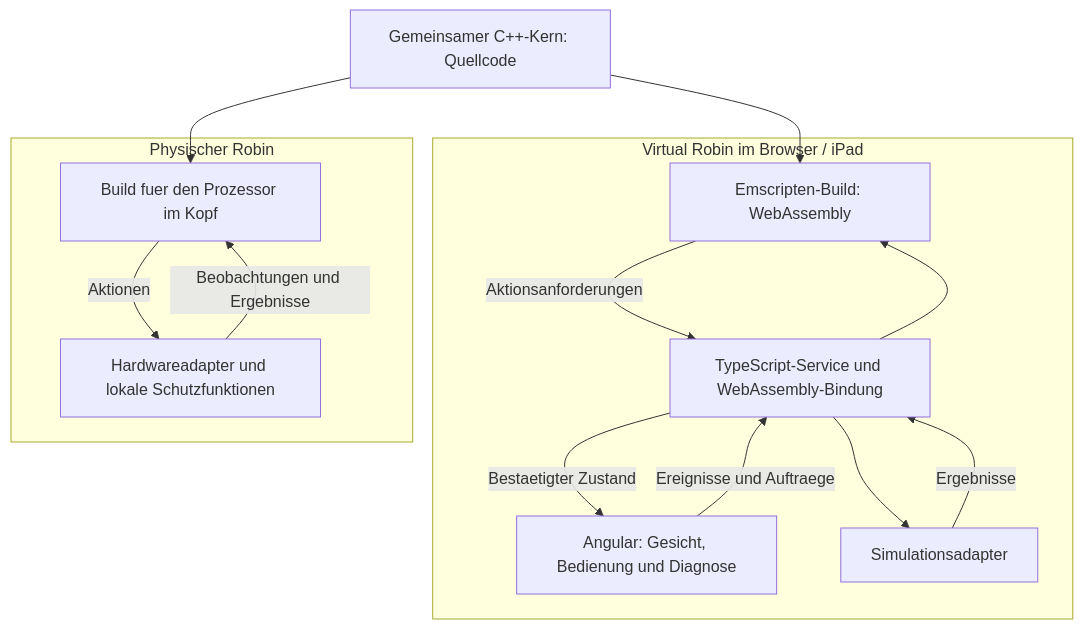
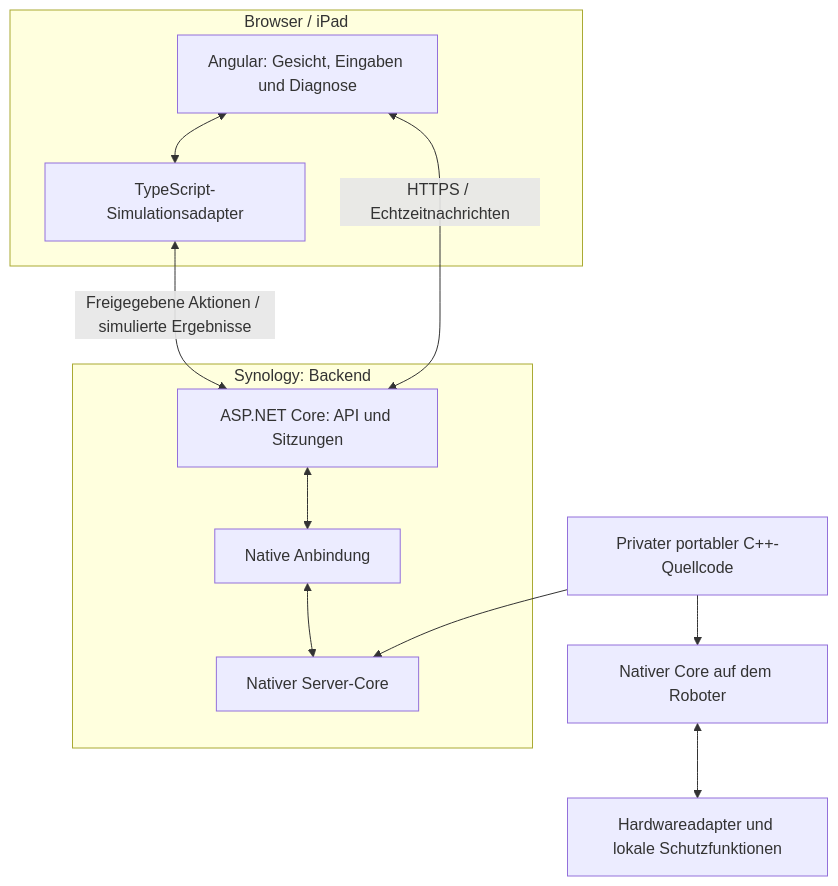
One commit to sabrinahelfenberger-Wusel/PinkRobin changed the first of 2 diagrams in docs/Technologiekonzept.md. Above: the diagram before and after it, drawn with Mermaid. The commit also changed other lines of this file, not shown here.

Commit message:
docs: Virtual Robin auf serverseitigen C++-Core mit ASP.NET Core umstellen

````diff
--- a/docs/Technologiekonzept.md
+++ b/docs/Technologiekonzept.md
@@ -30,26 +34,21 @@
 ```mermaid
 flowchart TB
-    Source["Gemeinsamer C++-Kern: Quellcode"]
-    Source --> Wasm["Emscripten-Build: WebAssembly"]
-    Source --> Native["Build fuer den Prozessor im Kopf"]
-
-    subgraph Browser["Virtual Robin im Browser / iPad"]
-        UI["Angular: Gesicht, Bedienung und Diagnose"]
-        Bridge["TypeScript-Service und WebAssembly-Bindung"]
-        Wasm
-        Sim["Simulationsadapter"]
-        UI -->|"Ereignisse und Auftraege"| Bridge
-        Bridge --> Wasm
-        Wasm -->|"Aktionsanforderungen"| Bridge
-        Bridge --> Sim
-        Sim -->|"Ergebnisse"| Bridge
-        Bridge -->|"Bestaetigter Zustand"| UI
+    Source["Privater portabler C++-Quellcode"]
+    Source --> ServerCore["Nativer Server-Core"]
+    Source --> RobotCore["Nativer Core auf dem Roboter"]
+    subgraph Browser["Browser / iPad"]
+        UI["Angular: Gesicht, Eingaben und Diagnose"]
+        Sim["TypeScript-Simulationsadapter"]
+        UI <--> Sim
     end
-
-    subgraph Robot["Physischer Robin"]
-        Native
-        Hardware["Hardwareadapter und lokale Schutzfunktionen"]
-        Native -->|"Aktionen"| Hardware
-        Hardware -->|"Beobachtungen und Ergebnisse"| Native
+    subgraph Server["Synology: Backend"]
+        API["ASP.NET Core: API und Sitzungen"]
+        Binding["Native Anbindung"]
+        ServerCore
+        API <--> Binding
+        Binding <--> ServerCore
     end
+    UI <-->|"HTTPS / Echtzeitnachrichten"| API
+    Sim <-->|"Freigegebene Aktionen / simulierte Ergebnisse"| API
+    RobotCore <--> Hardware["Hardwareadapter und lokale Schutzfunktionen"]
 ```
````
